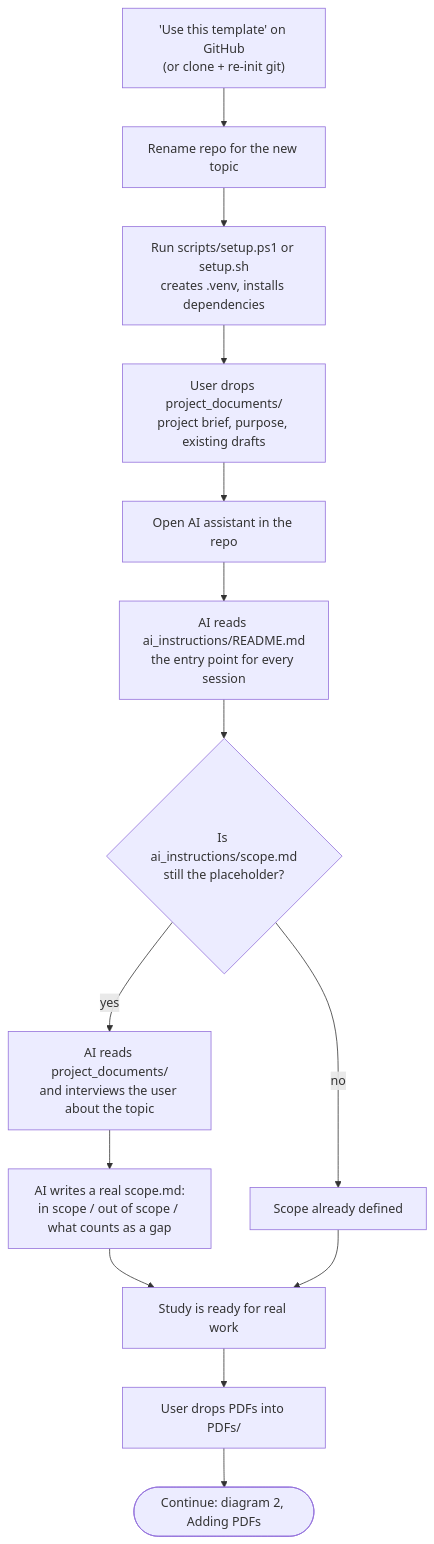
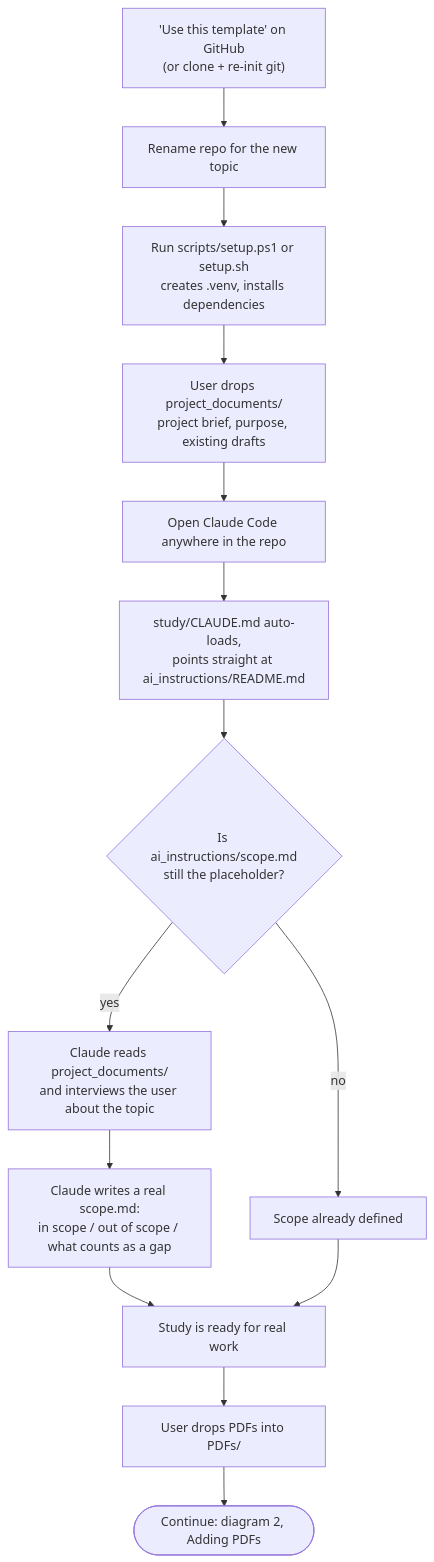
Before and after one commit to jonaHaggarde/literature_study_template: the first of 5 diagrams in study/workflow-diagram.md, drawn with Mermaid. The commit also changed other lines of this file and 9 other files, not shown here.

First line of the commit message:
Add study/CLAUDE.md for robust onboarding, assume Claude Code throughout

````diff
--- a/study/workflow-diagram.md
+++ b/study/workflow-diagram.md
@@ -15,16 +15,16 @@
 ```mermaid
 flowchart TD
     A["'Use this template' on GitHub<br/>(or clone + re-init git)"] --> B["Rename repo for the new topic"]
     B --> C["Run scripts/setup.ps1 or setup.sh<br/>creates .venv, installs dependencies"]
     C --> D["User drops project_documents/<br/>project brief, purpose, existing drafts"]
-    D --> E["Open AI assistant in the repo"]
-    E --> F["AI reads ai_instructions/README.md<br/>the entry point for every session"]
+    D --> E["Open Claude Code anywhere in the repo"]
+    E --> F["study/CLAUDE.md auto-loads,<br/>points straight at ai_instructions/README.md"]
     F --> G{"Is ai_instructions/scope.md<br/>still the placeholder?"}
-    G -- yes --> H["AI reads project_documents/<br/>and interviews the user about the topic"]
-    H --> I["AI writes a real scope.md:<br/>in scope / out of scope / what counts as a gap"]
+    G -- yes --> H["Claude reads project_documents/<br/>and interviews the user about the topic"]
+    H --> I["Claude writes a real scope.md:<br/>in scope / out of scope / what counts as a gap"]
     G -- no --> J["Scope already defined"]
     I --> K["Study is ready for real work"]
     J --> K
     K --> L["User drops PDFs into PDFs/"]
     L --> M(["Continue: diagram 2, Adding PDFs"])
 ```
````
